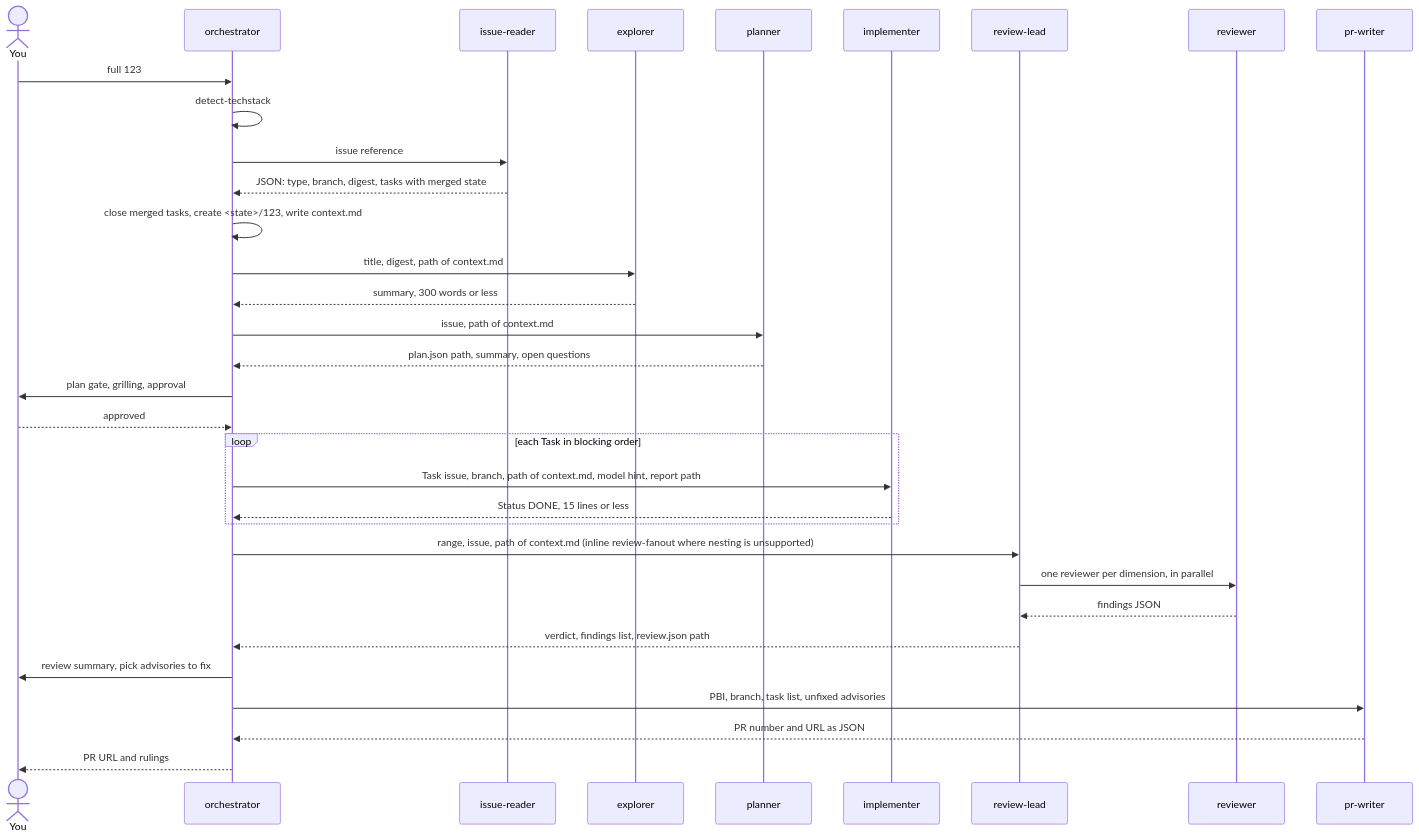
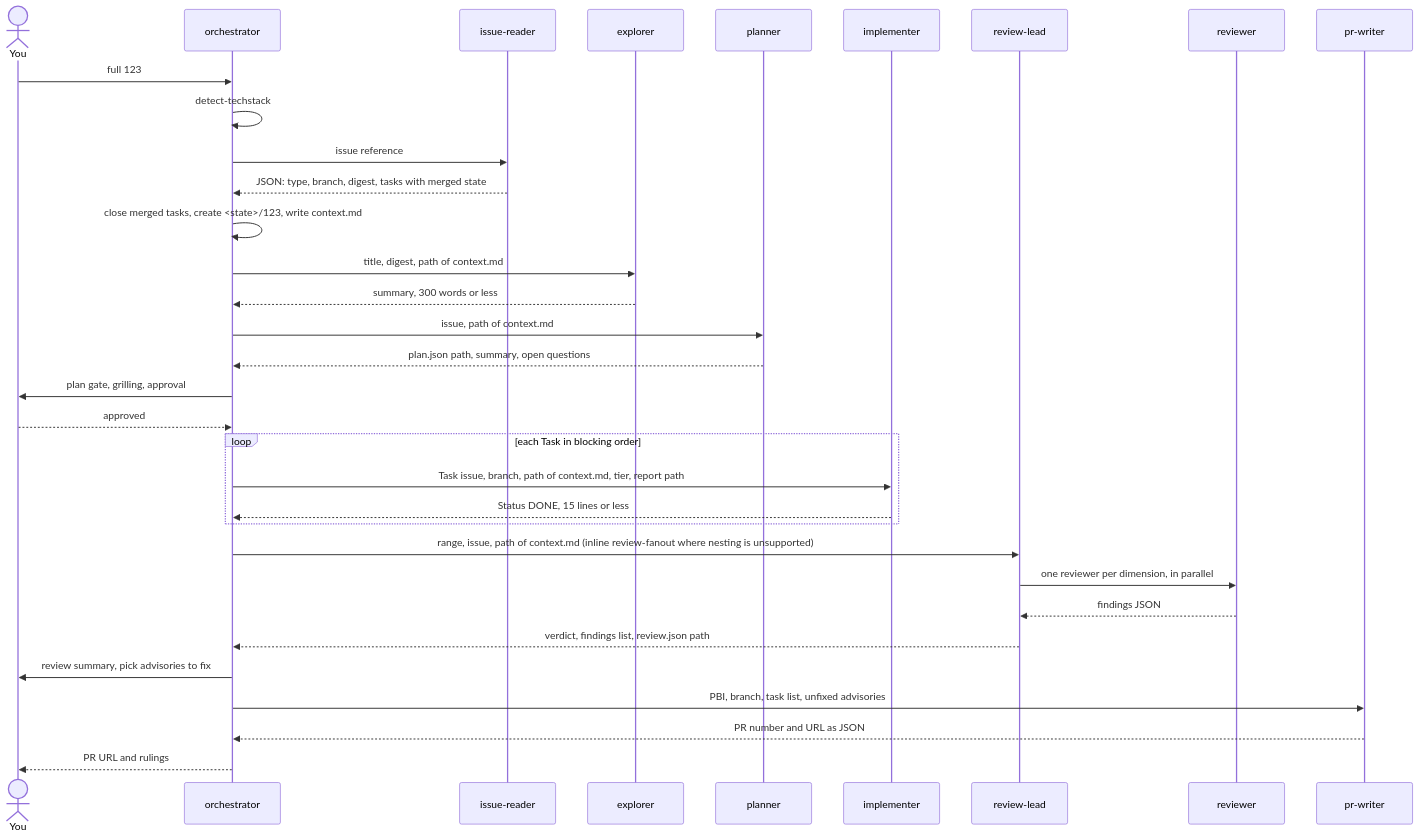
Before and after one commit to GravionLabs/apm-hub: the third of 11 diagrams in docs/orchestrator.md, drawn with Mermaid. The commit also changed other lines of this file and 26 other files, not shown here.

````diff
--- a/docs/orchestrator.md
+++ b/docs/orchestrator.md
@@ -93,35 +93,35 @@
 ```mermaid
 sequenceDiagram
     actor U as You
     participant O as orchestrator
     participant D as issue-reader
     participant E as explorer
     participant P as planner
     participant I as implementer
     participant L as review-lead
     participant R as reviewer
     participant W as pr-writer
     U->>O: full 123
     O->>O: detect-techstack
     O->>D: issue reference
     D-->>O: JSON: type, branch, digest, tasks with merged state
     O->>O: close merged tasks, create <state>/123, write context.md
     O->>E: title, digest, path of context.md
     E-->>O: summary, 300 words or less
     O->>P: issue, path of context.md
     P-->>O: plan.json path, summary, open questions
     O->>U: plan gate, grilling, approval
     U-->>O: approved
     loop each Task in blocking order
-        O->>I: Task issue, branch, path of context.md, model hint, report path
+        O->>I: Task issue, branch, path of context.md, tier, report path
         I-->>O: Status DONE, 15 lines or less
     end
     O->>L: range, issue, path of context.md (inline review-fanout where nesting is unsupported)
     L->>R: one reviewer per dimension, in parallel
     R-->>L: findings JSON
     L-->>O: verdict, findings list, review.json path
     O->>U: review summary, pick advisories to fix
     O->>W: PBI, branch, task list, unfixed advisories
     W-->>O: PR number and URL as JSON
     O-->>U: PR URL and rulings
 ```
````
